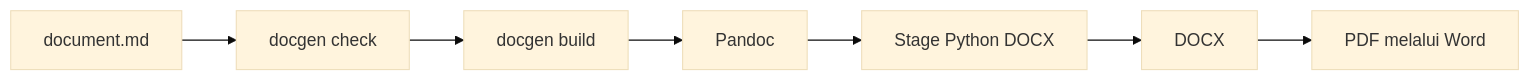
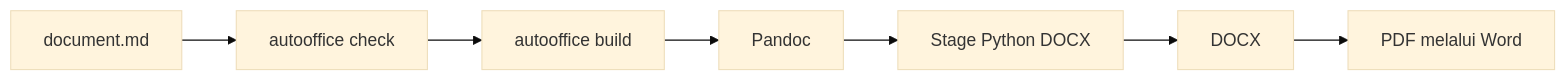
One commit to NioHast/docgen changed the diagram in examples/assignment-single/document.md. Above: the diagram before and after it, drawn with Mermaid (base theme). The commit also changed other lines of this file and 498 other files, not shown here.

````diff
--- a/examples/assignment-single/document.md
+++ b/examples/assignment-single/document.md
@@ -67,9 +67,9 @@
 ```{.mermaid caption="Alur check dan build satu berkas"}
 flowchart LR
-  A[document.md] --> B[docgen check]
-  B --> C[docgen build]
+  A[document.md] --> B[autooffice check]
+  B --> C[autooffice build]
   C --> D[Pandoc]
   D --> E[Stage Python DOCX]
   E --> F[DOCX]
   F --> G[PDF melalui Word]
 ```
````
